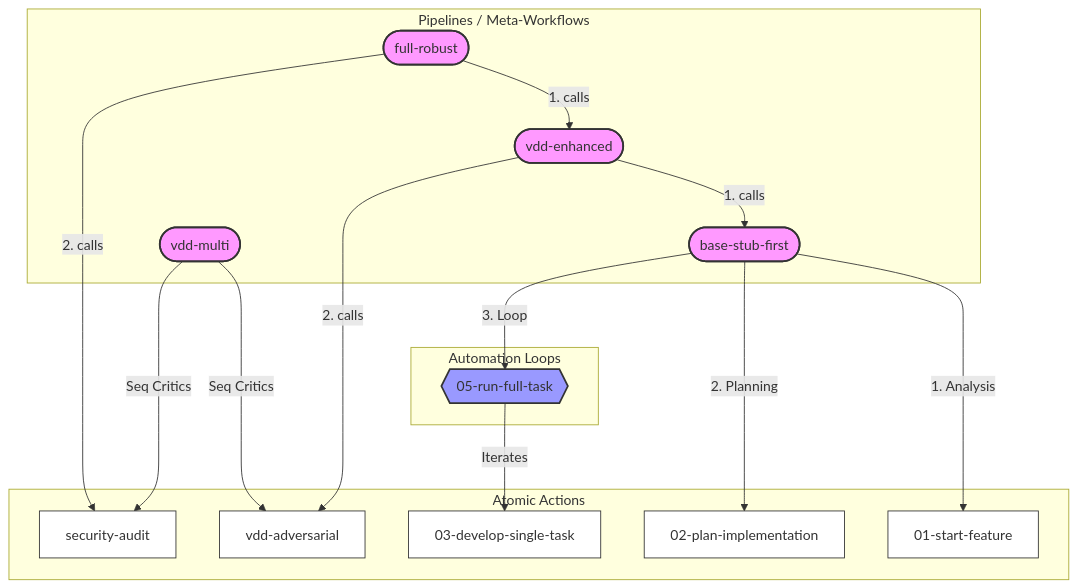
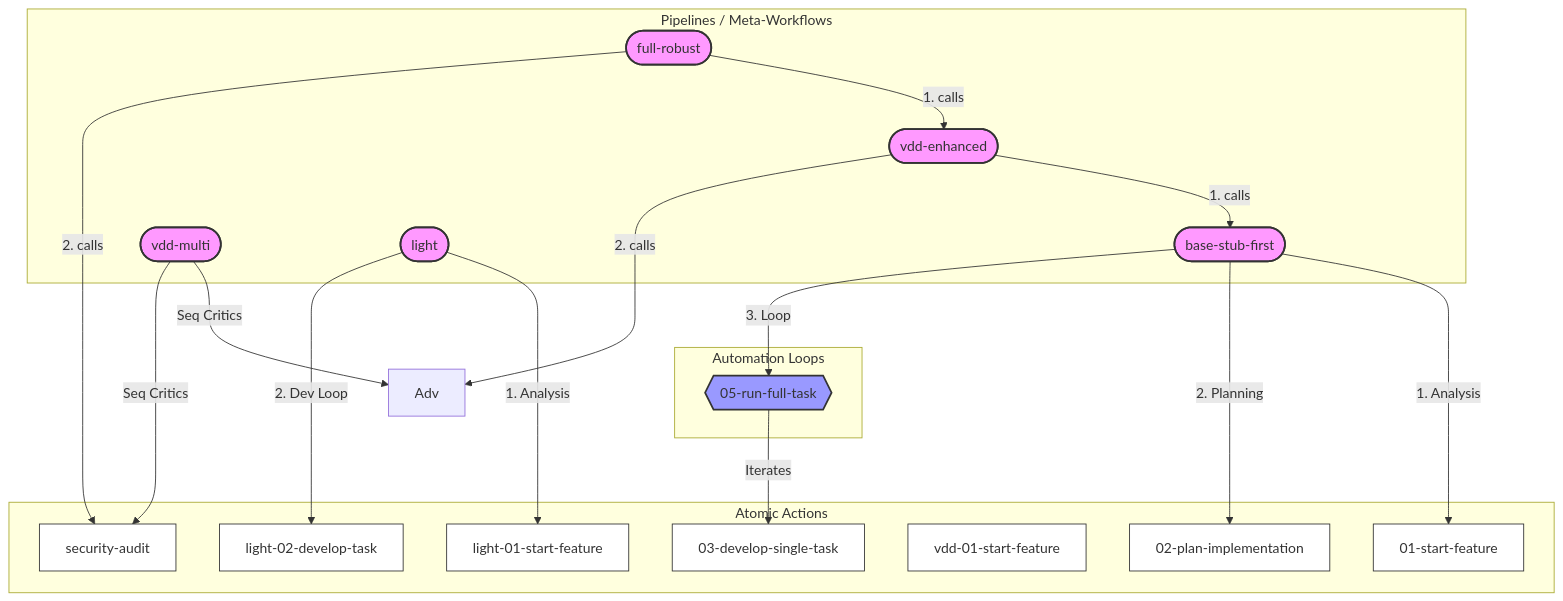
One commit to MatrixFounder/Agentic-development changed the first of 2 diagrams in System/Docs/WORKFLOWS.md. Above: the diagram before and after it, drawn with Mermaid. The commit also changed other lines of this file and 13 other files, not shown here.

````diff
--- a/System/Docs/WORKFLOWS.md
+++ b/System/Docs/WORKFLOWS.md
@@ -26,45 +26,51 @@
 ```mermaid
 graph TD
     %% Nodes styling
     classDef pipeline fill:#f9f,stroke:#333,stroke-width:2px;
     classDef loop fill:#99f,stroke:#333,stroke-width:2px;
     classDef atomic fill:#fff,stroke:#333,stroke-width:1px;
 
     %% Meta-Pipelines
     subgraph Pipelines [Pipelines / Meta-Workflows]
         Base([base-stub-first]):::pipeline
         VDDE([vdd-enhanced]):::pipeline
         Robust([full-robust]):::pipeline
         VDDMulti([vdd-multi]):::pipeline
+        Light([light]):::pipeline
     end
 
     %% Automation Loops
     subgraph Loops [Automation Loops]
         RunAll{{05-run-full-task}}:::loop
     end
 
     %% Atomic Actions
     subgraph Atomic [Atomic Actions]
         Start[01-start-feature]:::atomic
         Plan[02-plan-implementation]:::atomic
         Dev[03-develop-single-task]:::atomic
         Sec[security-audit]:::atomic
-        Adv[vdd-adversarial]:::atomic
+        VDDStart[vdd-01-start-feature]:::atomic
+        LightStart[light-01-start-feature]:::atomic
+        LightDev[light-02-develop-task]:::atomic
     end
 
     %% Relationships
     Robust -->|1. calls| VDDE
     Robust -->|2. calls| Sec
 
     VDDE -->|1. calls| Base
     VDDE -->|2. calls| Adv
 
     Base -->|1. Analysis| Start
     Base -->|2. Planning| Plan
     Base -->|3. Loop| RunAll
 
     RunAll -->|Iterates| Dev
     
     VDDMulti -->|Seq Critics| Adv
     VDDMulti -->|Seq Critics| Sec
+
+    Light -->|1. Analysis| LightStart
+    Light -->|2. Dev Loop| LightDev
 ```
````
